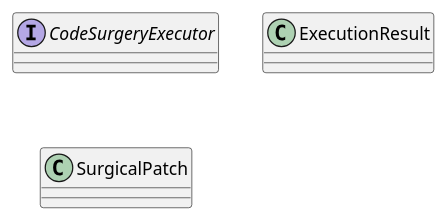
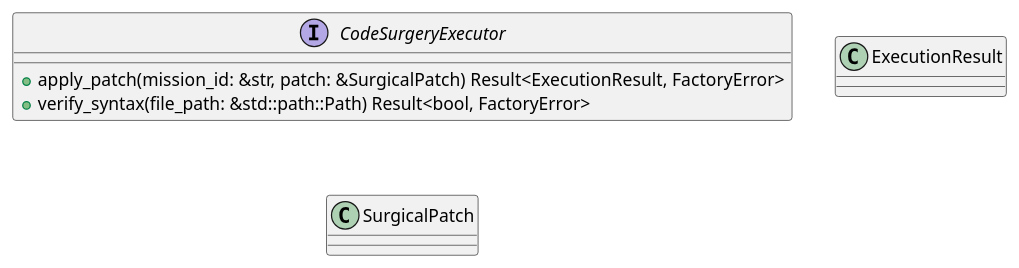
Before and after one commit to lgcorzo/rust_CACD_autonomous_factory: the first of 6 diagrams in openwiki/crates_factory_core_src_executor.md, drawn with PlantUML. The commit also changed other lines of this file and 96 other files, not shown here.

````diff
--- a/openwiki/crates_factory_core_src_executor.md
+++ b/openwiki/crates_factory_core_src_executor.md
@@ -119,11 +178,13 @@
 ```plantuml
 @startuml
 interface CodeSurgeryExecutor {
+    +apply_patch(mission_id: &str, patch: &SurgicalPatch) Result<ExecutionResult, FactoryError>
+    +verify_syntax(file_path: &std::path::Path) Result<bool, FactoryError>
 }
 class ExecutionResult {
 }
 class SurgicalPatch {
 }
 @enduml
 
 ```
````
